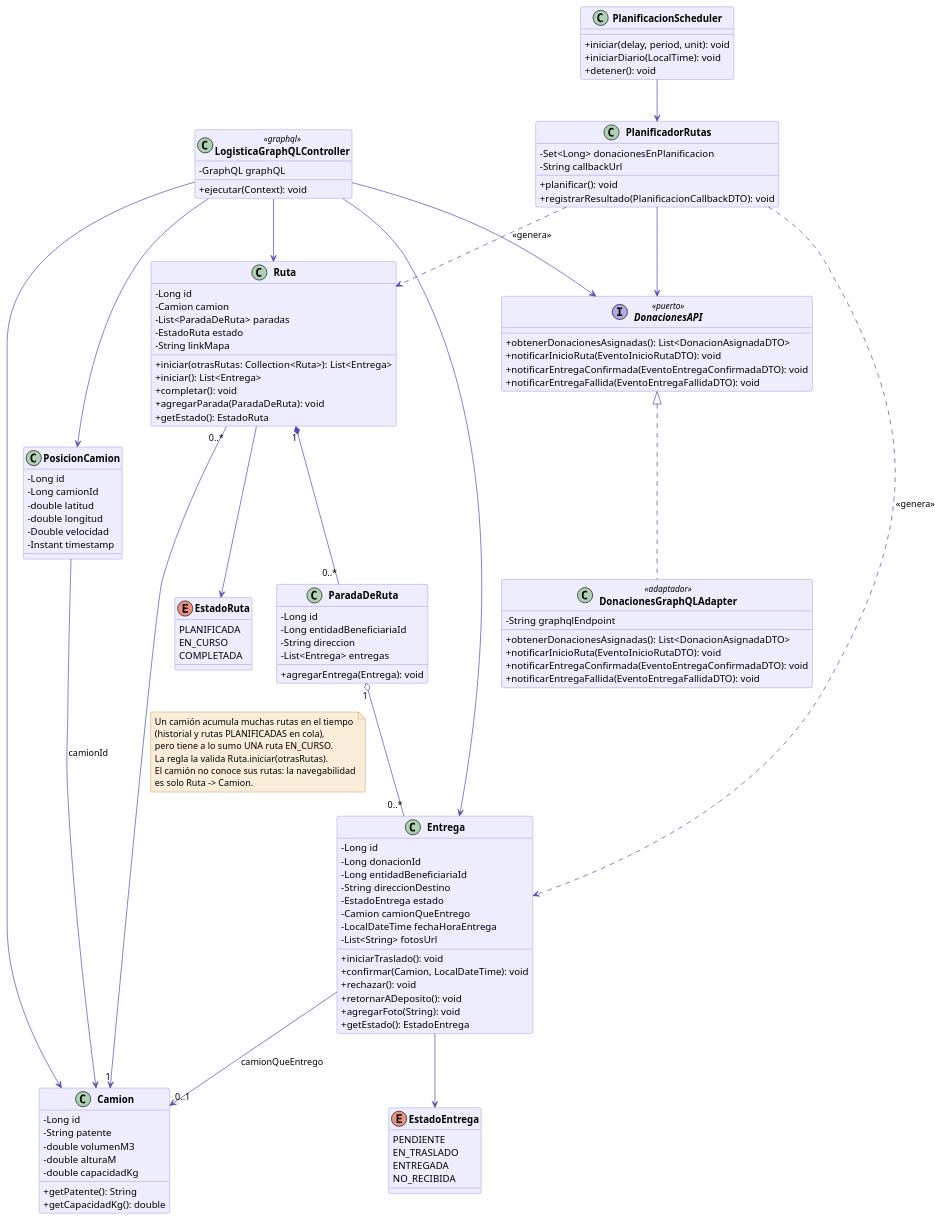
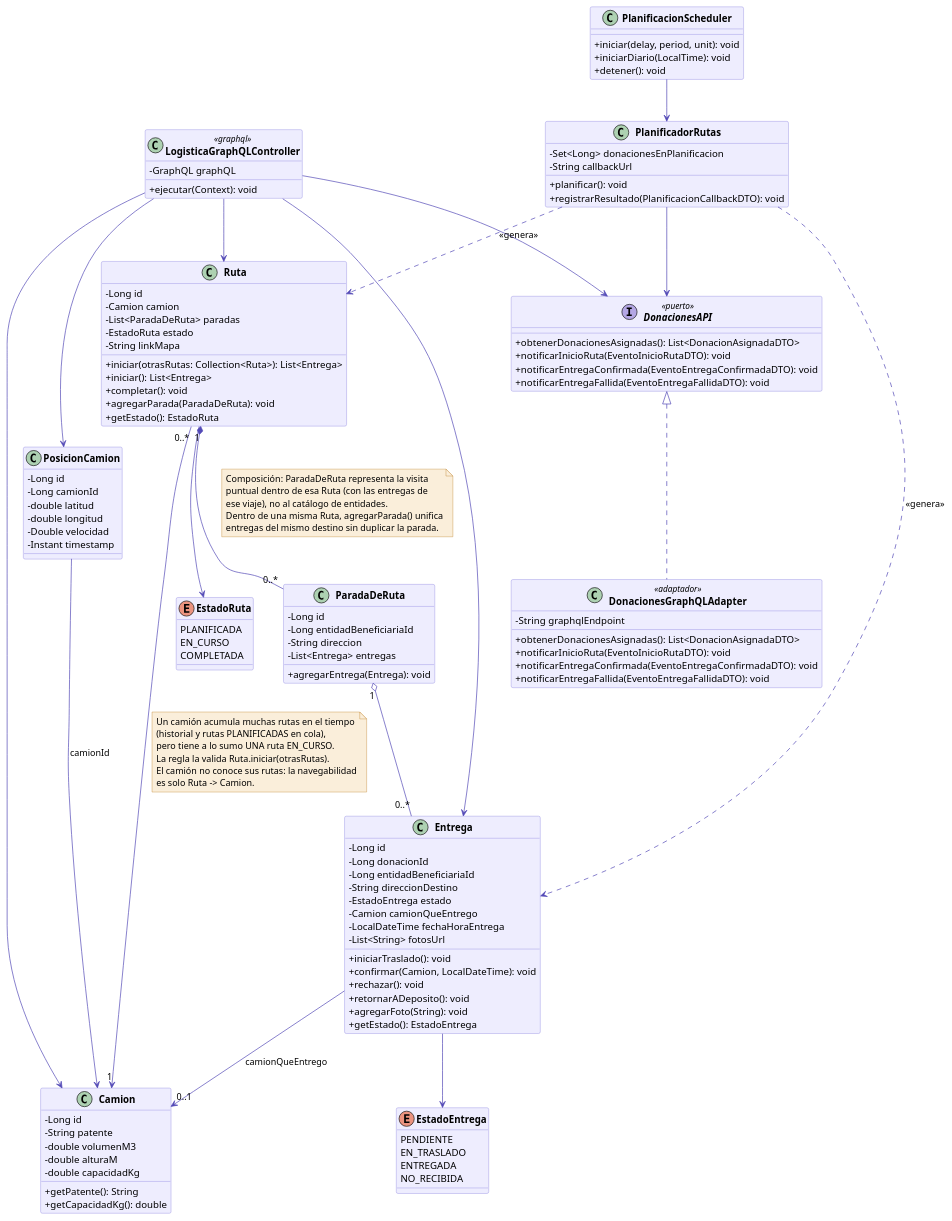
Before and after one commit to ConstanzaSerra/tpa-entrega-1: the diagram in docs/diagrama-clases-logistica.puml, drawn with PlantUML. The commit also changed 4 other files, not shown here.

```diff
--- a/docs/diagrama-clases-logistica.puml
+++ b/docs/diagrama-clases-logistica.puml
@@ -1,167 +1,174 @@
 @startuml DonaTrack - Diagrama de Clases - Logistica (Entrega 4)
 
 skinparam classAttributeIconSize 0
 skinparam classFontStyle bold
 skinparam classBackgroundColor #EEEDFE
 skinparam classBorderColor #7F77DD
 skinparam classArrowColor #534AB7
 skinparam stereotypeCBackgroundColor #E1F5EE
 skinparam stereotypeABackgroundColor #FAEEDA
 skinparam noteBackgroundColor #FAEEDA
 skinparam noteBorderColor #BA7517
 
 ' ─────────────────────────────────────────
 '  CAMIONES
 ' ─────────────────────────────────────────
 
 class Camion {
   - Long id
   - String patente
   - double volumenM3
   - double alturaM
   - double capacidadKg
   + getPatente(): String
   + getCapacidadKg(): double
 }
 
 class PosicionCamion {
   - Long id
   - Long camionId
   - double latitud
   - double longitud
   - Double velocidad
   - Instant timestamp
 }
 
 ' ─────────────────────────────────────────
 '  RUTAS
 ' ─────────────────────────────────────────
 
 class Ruta {
   - Long id
   - Camion camion
   - List<ParadaDeRuta> paradas
   - EstadoRuta estado
   - String linkMapa
   + iniciar(otrasRutas: Collection<Ruta>): List<Entrega>
   + iniciar(): List<Entrega>
   + completar(): void
   + agregarParada(ParadaDeRuta): void
   + getEstado(): EstadoRuta
 }
 
 enum EstadoRuta {
   PLANIFICADA
   EN_CURSO
   COMPLETADA
 }
 
 class ParadaDeRuta {
   - Long id
   - Long entidadBeneficiariaId
   - String direccion
   - List<Entrega> entregas
   + agregarEntrega(Entrega): void
 }
 
 ' ─────────────────────────────────────────
 '  ENTREGAS
 ' ─────────────────────────────────────────
 
 class Entrega {
   - Long id
   - Long donacionId
   - Long entidadBeneficiariaId
   - String direccionDestino
   - EstadoEntrega estado
   - Camion camionQueEntrego
   - LocalDateTime fechaHoraEntrega
   - List<String> fotosUrl
   + iniciarTraslado(): void
   + confirmar(Camion, LocalDateTime): void
   + rechazar(): void
   + retornarADeposito(): void
   + agregarFoto(String): void
   + getEstado(): EstadoEntrega
 }
 
 enum EstadoEntrega {
   PENDIENTE
   EN_TRASLADO
   ENTREGADA
   NO_RECIBIDA
 }
 
 ' ─────────────────────────────────────────
 '  PLANIFICACION E INTEGRACION GRAPHQL (Entrega 4)
 ' ─────────────────────────────────────────
 
 interface DonacionesAPI <<puerto>> {
   + obtenerDonacionesAsignadas(): List<DonacionAsignadaDTO>
   + notificarInicioRuta(EventoInicioRutaDTO): void
   + notificarEntregaConfirmada(EventoEntregaConfirmadaDTO): void
   + notificarEntregaFallida(EventoEntregaFallidaDTO): void
 }
 
 class DonacionesGraphQLAdapter <<adaptador>> {
   - String graphqlEndpoint
   + obtenerDonacionesAsignadas(): List<DonacionAsignadaDTO>
   + notificarInicioRuta(EventoInicioRutaDTO): void
   + notificarEntregaConfirmada(EventoEntregaConfirmadaDTO): void
   + notificarEntregaFallida(EventoEntregaFallidaDTO): void
 }
 
 class LogisticaGraphQLController <<graphql>> {
   - GraphQL graphQL
   + ejecutar(Context): void
 }
 
 class PlanificadorRutas {
   - Set<Long> donacionesEnPlanificacion
   - String callbackUrl
   + planificar(): void
   + registrarResultado(PlanificacionCallbackDTO): void
 }
 
 class PlanificacionScheduler {
   + iniciar(delay, period, unit): void
   + iniciarDiario(LocalTime): void
   + detener(): void
 }
 
 ' ─────────────────────────────────────────
 '  RELACIONES
 ' ─────────────────────────────────────────
 
 Ruta "0..*" --> "1" Camion
 note on link
   Un camión acumula muchas rutas en el tiempo
   (historial y rutas PLANIFICADAS en cola),
   pero tiene a lo sumo UNA ruta EN_CURSO.
   La regla la valida Ruta.iniciar(otrasRutas).
   El camión no conoce sus rutas: la navegabilidad
   es solo Ruta -> Camion.
 end note
 Ruta --> EstadoRuta
 Ruta "1" *-- "0..*" ParadaDeRuta
+note on link
+  Composición: ParadaDeRuta representa la visita
+  puntual dentro de esa Ruta (con las entregas de
+  ese viaje), no al catálogo de entidades.
+  Dentro de una misma Ruta, agregarParada() unifica
+  entregas del mismo destino sin duplicar la parada.
+end note
 
 ParadaDeRuta "1" o-- "0..*" Entrega
 
 Entrega --> EstadoEntrega
 Entrega --> "0..1" Camion : camionQueEntrego
 
 PosicionCamion --> Camion : camionId
 
 DonacionesAPI <|.. DonacionesGraphQLAdapter
 PlanificadorRutas --> DonacionesAPI
 LogisticaGraphQLController --> Camion
 LogisticaGraphQLController --> Entrega
 LogisticaGraphQLController --> Ruta
 LogisticaGraphQLController --> PosicionCamion
 LogisticaGraphQLController --> DonacionesAPI
 
 PlanificacionScheduler --> PlanificadorRutas
 PlanificadorRutas ..> Ruta : <<genera>>
 PlanificadorRutas ..> Entrega : <<genera>>
 
 @enduml
```
